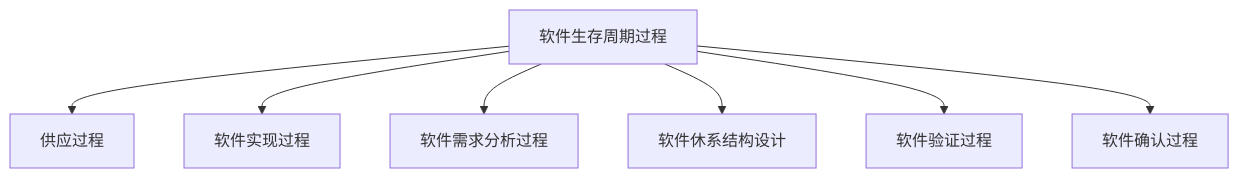
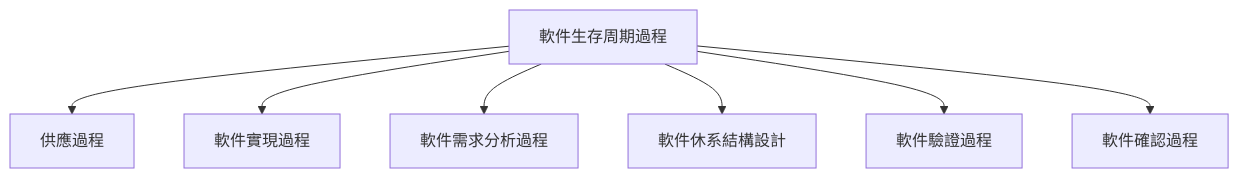
Diagram 12 of 14 in _posts/2022-07-04-02333-software_engineer.md (chchoiw/chchoiw.github.io), drawn with Mermaid before and after one commit. The commit also changed other lines of this file, not shown here.

````diff
--- a/_posts/2022-07-04-02333-software_engineer.md
+++ b/_posts/2022-07-04-02333-software_engineer.md
@@ -1123,18 +1123,18 @@
 ```mermaid
 graph TB
 
-id1[软件生存周期过程]
-id2[供应过程]
-id3[软件实现过程]
-id4[软件需求分析过程]
-id5[软件休系结构设计]
-id6[软件验证过程]
-id7[软件确认过程]
+id1[軟件生存周期過程]
+id2[供應過程]
+id3[軟件實現過程]
+id4[軟件需求分析過程]
+id5[軟件休系結構設計]
+id6[軟件驗證過程]
+id7[軟件確認過程]
 
 id1-->id2
 id1-->id3
 id1-->id4
 id1-->id5
 id1-->id6
 id1-->id7
 ```
````
